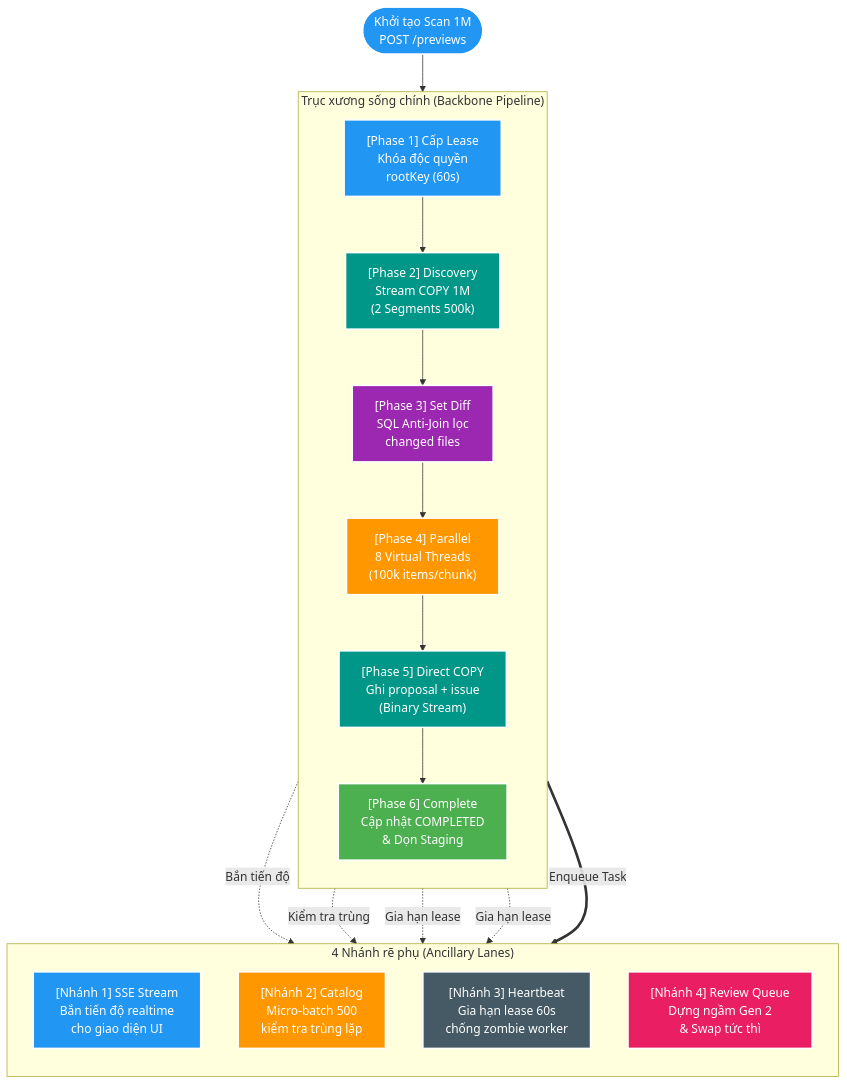
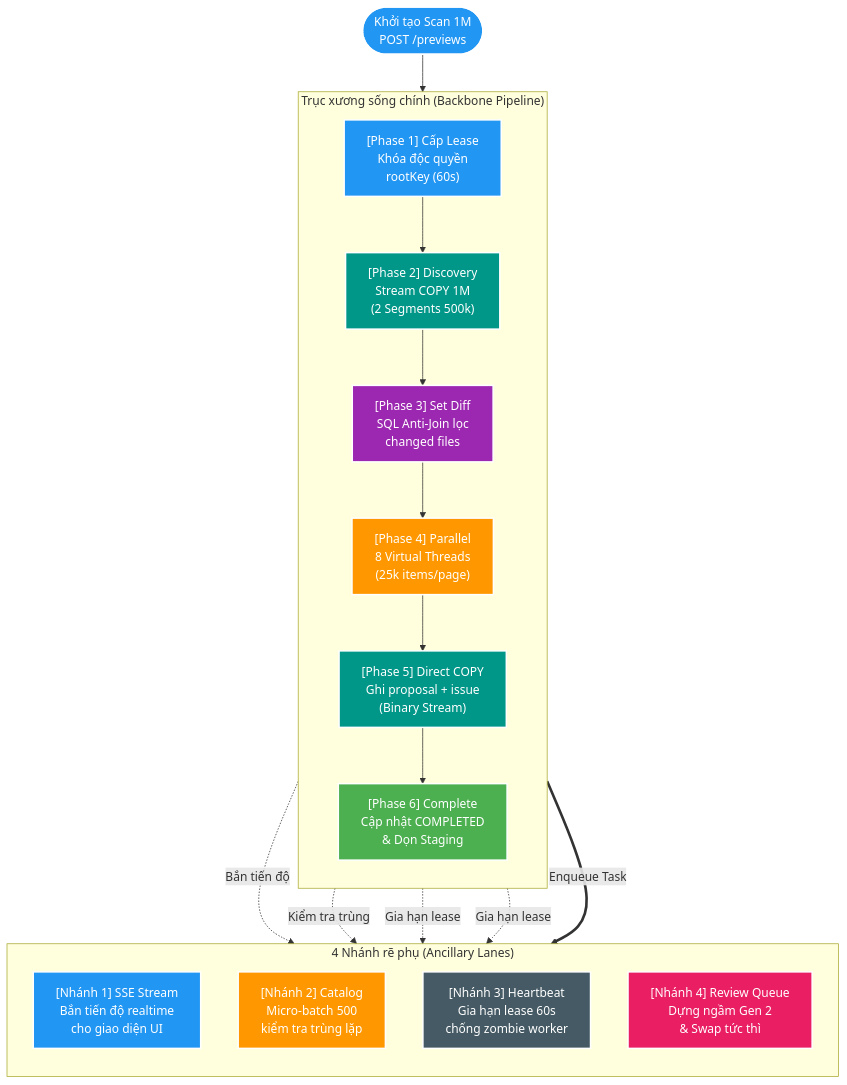
Before and after one commit to HungPhan200591/file-mngt-be-v2: the first of 6 diagrams in manual/learning/use-cases/scale-capacity/sc-01-scan-one-million-filesystem-entry/references/deep-dive-scan-preview-pipeline-under-30s.md, drawn with Mermaid. The commit also changed other lines of this file and 10 other files, not shown here.

````diff
--- a/manual/learning/use-cases/scale-capacity/sc-01-scan-one-million-filesystem-entry/references/deep-dive-scan-preview-pipeline-under-30s.md
+++ b/manual/learning/use-cases/scale-capacity/sc-01-scan-one-million-filesystem-entry/references/deep-dive-scan-preview-pipeline-under-30s.md
@@ -12,42 +12,42 @@
 ```mermaid
 flowchart TD
     START(["Khởi tạo Scan 1M<br/>POST /previews"])
     
     subgraph BACKBONE["Trục xương sống chính (Backbone Pipeline)"]
         direction TB
         S1["[Phase 1] Cấp Lease<br/>Khóa độc quyền<br/>rootKey (60s)"]
         S2["[Phase 2] Discovery<br/>Stream COPY 1M<br/>(2 Segments 500k)"]
         S3["[Phase 3] Set Diff<br/>SQL Anti-Join lọc<br/>changed files"]
-        S4["[Phase 4] Parallel<br/>8 Virtual Threads<br/>(100k items/chunk)"]
+        S4["[Phase 4] Parallel<br/>8 Virtual Threads<br/>(25k items/page)"]
         S5["[Phase 5] Direct COPY<br/>Ghi proposal + issue<br/>(Binary Stream)"]
         S6["[Phase 6] Complete<br/>Cập nhật COMPLETED<br/>&amp; Dọn Staging"]
         
         S1 --> S2 --> S3 --> S4 --> S5 --> S6
     end
 
     subgraph SIDE_BRANCHES["4 Nhánh rẽ phụ (Ancillary Lanes)"]
         direction TB
         B1["[Nhánh 1] SSE Stream<br/>Bắn tiến độ realtime<br/>cho giao diện UI"]
         B2["[Nhánh 2] Catalog<br/>Micro-batch 500<br/>kiểm tra trùng lặp"]
         B3["[Nhánh 3] Heartbeat<br/>Gia hạn lease 60s<br/>chống zombie worker"]
         B4["[Nhánh 4] Review Queue<br/>Dựng ngầm Gen 2<br/>&amp; Swap tức thì"]
     end
 
     START --> S1
     S2 -.->|"Bắn tiến độ"| B1
     S4 -.->|"Kiểm tra trùng"| B2
     S2 & S5 -.->|"Gia hạn lease"| B3
     S6 ==>|"Enqueue Task"| B4
 
     style START fill:#2196F3,stroke:#fff,stroke-width:2px,color:#fff
     style S1 fill:#2196F3,stroke:#fff,stroke-width:2px,color:#fff
     style S2 fill:#009688,stroke:#fff,stroke-width:2px,color:#fff
     style S3 fill:#9C27B0,stroke:#fff,stroke-width:2px,color:#fff
     style S4 fill:#FF9800,stroke:#fff,stroke-width:2px,color:#fff
     style S5 fill:#009688,stroke:#fff,stroke-width:2px,color:#fff
     style S6 fill:#4CAF50,stroke:#fff,stroke-width:2px,color:#fff
     style B1 fill:#2196F3,stroke:#fff,stroke-width:2px,color:#fff
     style B2 fill:#FF9800,stroke:#fff,stroke-width:2px,color:#fff
     style B3 fill:#455A64,stroke:#fff,stroke-width:2px,color:#fff
     style B4 fill:#E91E63,stroke:#fff,stroke-width:2px,color:#fff
 ```
````
